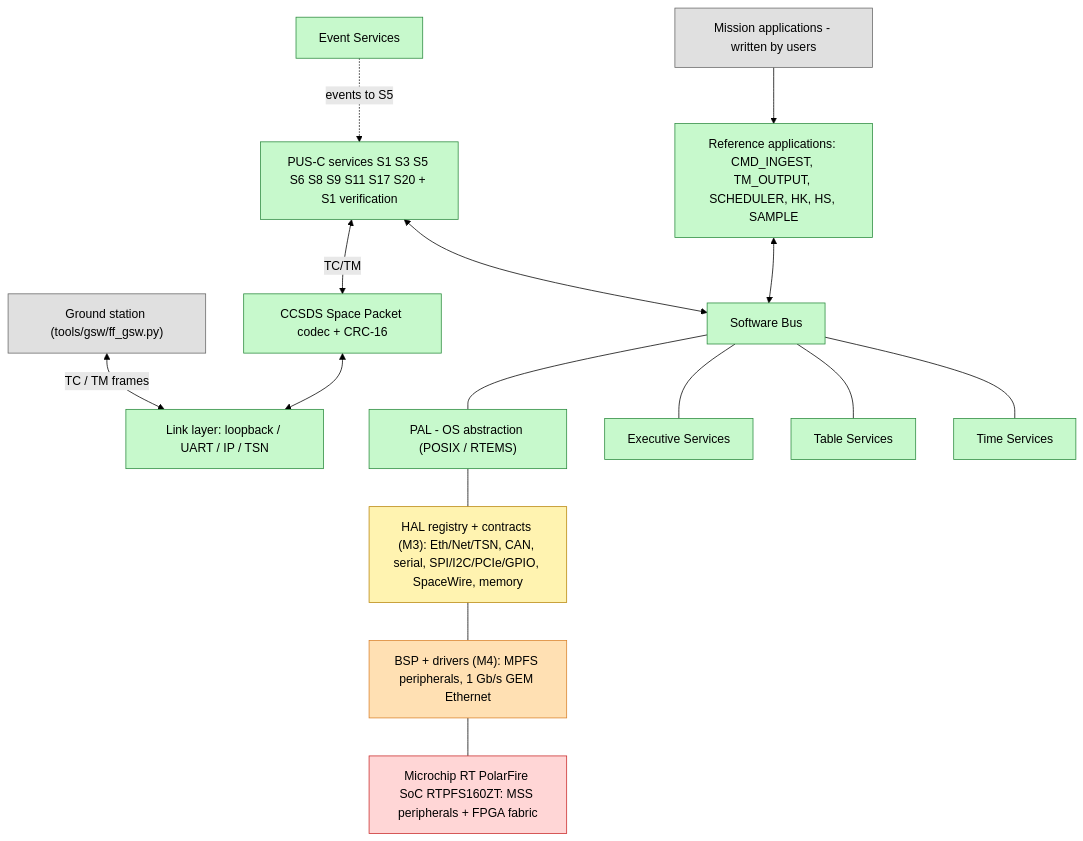
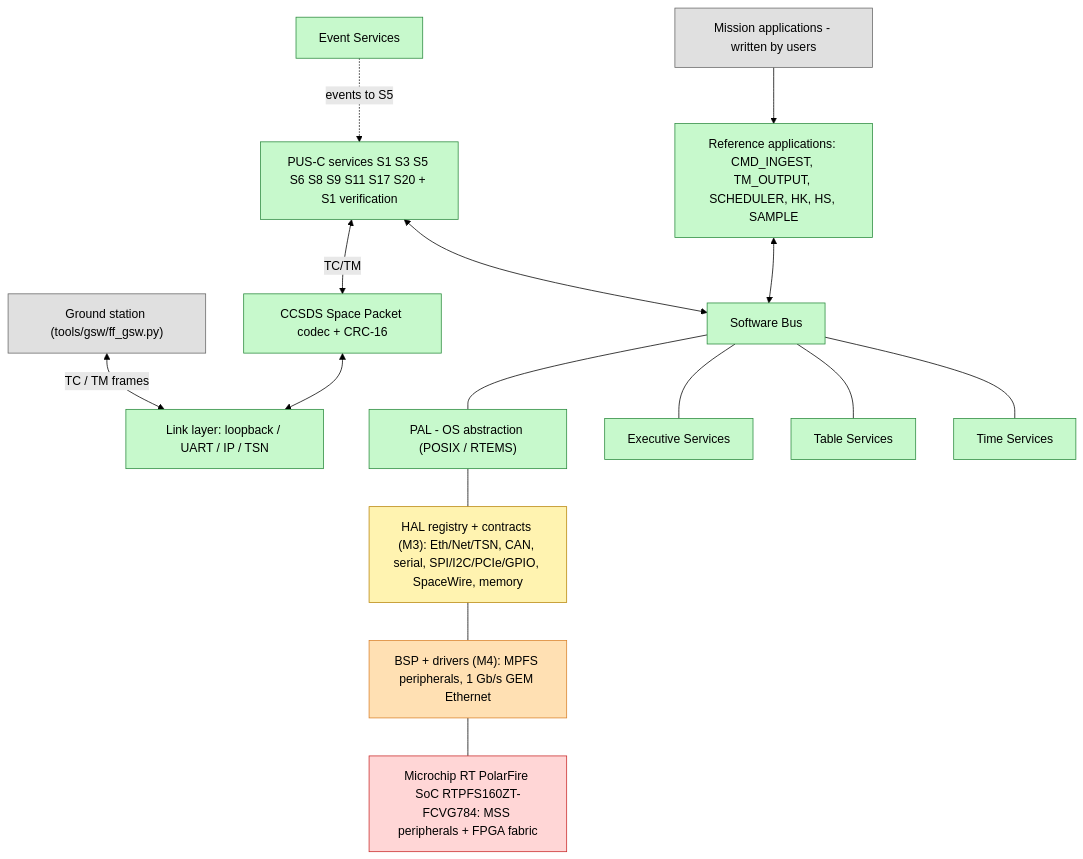
Before and after one commit to ilfrick/frick-fsw: the first of 2 diagrams in README.md, drawn with Mermaid (forest theme). The commit also changed other lines of this file and 170 other files, not shown here.

````diff
--- a/README.md
+++ b/README.md
@@ -243,40 +247,40 @@
 ```mermaid
 flowchart TB
     classDef impl fill:#c7f9cc,stroke:#2b8a3e,color:#000
     classDef iface fill:#fff3b0,stroke:#b8860b,color:#000
     classDef m4 fill:#ffe0b3,stroke:#d9822b,color:#000
     classDef user fill:#e0e0e0,stroke:#666,color:#000
     classDef hw fill:#ffd6d6,stroke:#c92a2a,color:#000
 
     GSW["Ground station (tools/gsw/ff_gsw.py)"]:::user
     MISSION["Mission applications - written by users"]:::user
 
     A1["Reference applications: CMD_INGEST, TM_OUTPUT, SCHEDULER, HK, HS, SAMPLE"]:::impl
     P1["PUS-C services S1 S3 S5 S6 S8 S9 S11 S17 S20 + S1 verification"]:::impl
     C1["Software Bus"]:::impl
     C2["Event Services"]:::impl
     C3["Executive Services"]:::impl
     C4["Table Services"]:::impl
     C5["Time Services"]:::impl
     T1["CCSDS Space Packet codec + CRC-16"]:::impl
     T2["Link layer: loopback / UART / IP / TSN"]:::impl
     PL1["PAL - OS abstraction (POSIX / RTEMS)"]:::impl
     H1["HAL registry + contracts (M3): Eth/Net/TSN, CAN, serial, SPI/I2C/PCIe/GPIO, SpaceWire, memory"]:::iface
     B1["BSP + drivers (M4): MPFS peripherals, 1 Gb/s GEM Ethernet"]:::m4
-    HW["Microchip RT PolarFire SoC RTPFS160ZT: MSS peripherals + FPGA fabric"]:::hw
+    HW["Microchip RT PolarFire SoC RTPFS160ZT-FCVG784: MSS peripherals + FPGA fabric"]:::hw
 
     MISSION --> A1
     GSW <-->|"TC / TM frames"| T2
     A1 <--> C1
     P1 <--> C1
     P1 <-->|"TC/TM"| T1
     C2 -.->|"events to S5"| P1
     T1 <--> T2
     C1 --- C5
     C1 --- C4
     C1 --- C3
     C1 --- PL1
     PL1 --- H1
     H1 --- B1
     B1 --- HW
 ```
````
